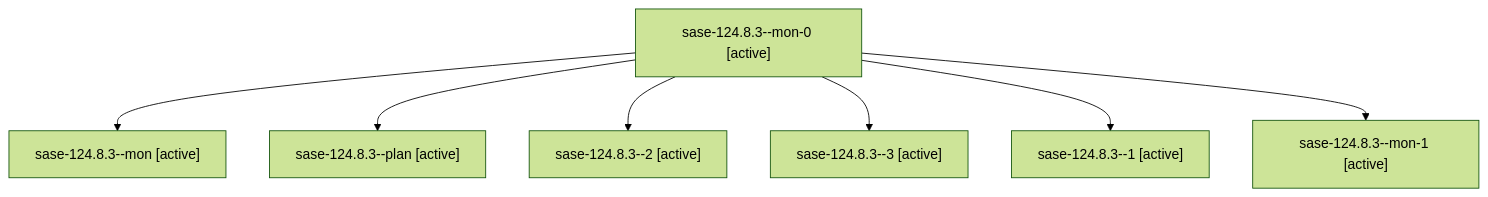
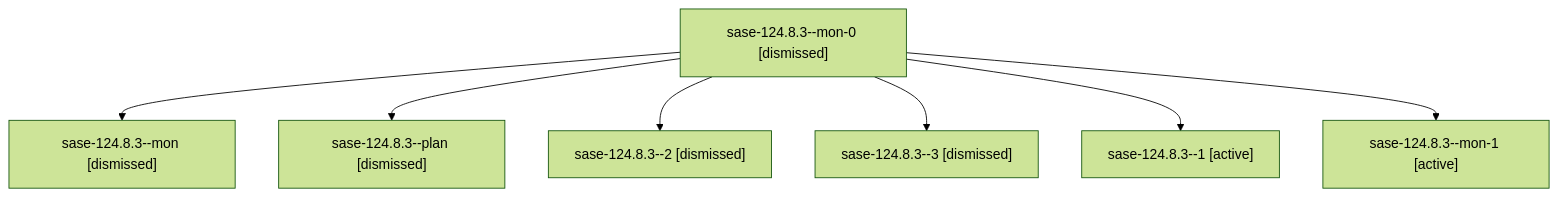
One commit to sase-org/sase--agents changed the diagram in sessions/bbugyi200.athena.sase-124.8.3.md. Above: the diagram before and after it, drawn with Mermaid (forest theme). The commit also changed other lines of this file and 306 other files, not shown here.

````diff
--- a/sessions/bbugyi200.athena.sase-124.8.3.md
+++ b/sessions/bbugyi200.athena.sase-124.8.3.md
@@ -9,16 +9,16 @@
 ```mermaid
 flowchart TD
-  n0["sase-124.8.3--mon-0 [active]"]
-  n1["sase-124.8.3--mon [active]"]
+  n0["sase-124.8.3--mon-0 [dismissed]"]
+  n1["sase-124.8.3--mon [dismissed]"]
   n0 --> n1
-  n2["sase-124.8.3--plan [active]"]
+  n2["sase-124.8.3--plan [dismissed]"]
   n0 --> n2
-  n3["sase-124.8.3--2 [active]"]
+  n3["sase-124.8.3--2 [dismissed]"]
   n0 --> n3
-  n4["sase-124.8.3--3 [active]"]
+  n4["sase-124.8.3--3 [dismissed]"]
   n0 --> n4
   n5["sase-124.8.3--1 [active]"]
   n0 --> n5
   n6["sase-124.8.3--mon-1 [active]"]
   n0 --> n6
 ```
````
